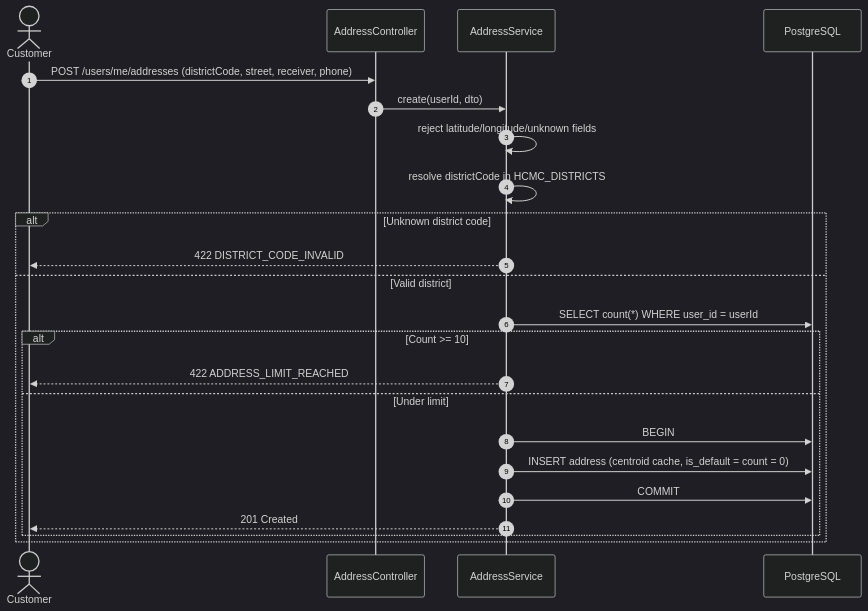
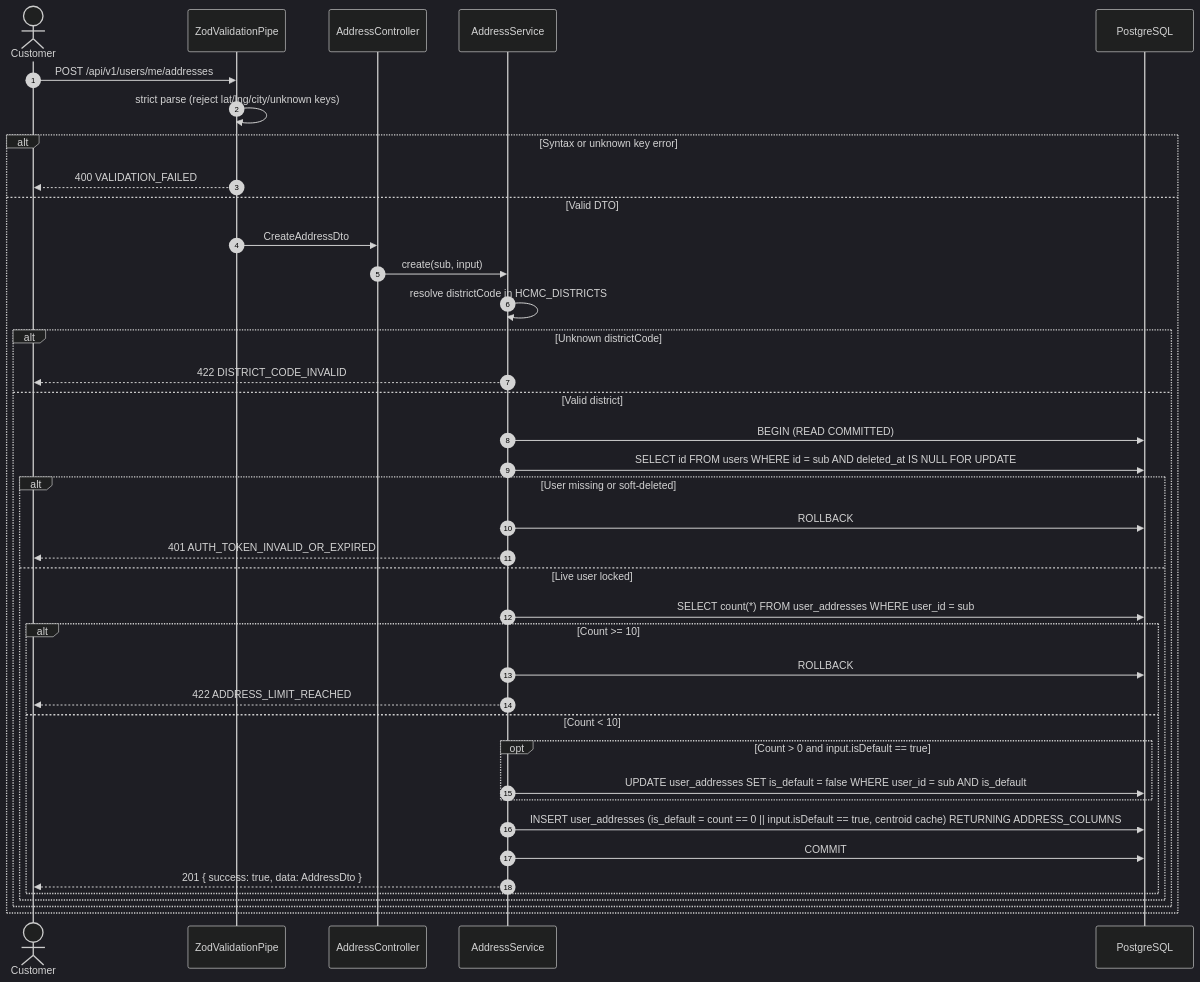
One commit to DuongDevv/greenroots-farm changed the second of 5 diagrams in docs/design/address-book-and-delivery-fee-formal-spec.md. Above: the diagram before and after it, drawn with Mermaid (dark theme). The commit also changed other lines of this file and 4 other files, not shown here.

````diff
--- a/docs/design/address-book-and-delivery-fee-formal-spec.md
+++ b/docs/design/address-book-and-delivery-fee-formal-spec.md
@@ -64,26 +79,42 @@
 ```mermaid
 sequenceDiagram
     autonumber
     actor Customer
-    participant API as AddressController
+    participant Pipe as ZodValidationPipe
+    participant Ctrl as AddressController
     participant Svc as AddressService
     participant DB as PostgreSQL
 
-    Customer->>API: POST /users/me/addresses (districtCode, street, receiver, phone)
-    API->>Svc: create(userId, dto)
-    Svc->>Svc: reject latitude/longitude/unknown fields
-    Svc->>Svc: resolve districtCode in HCMC_DISTRICTS
-    alt Unknown district code
-        Svc-->>Customer: 422 DISTRICT_CODE_INVALID
-    else Valid district
-        Svc->>DB: SELECT count(*) WHERE user_id = userId
-        alt Count >= 10
-            Svc-->>Customer: 422 ADDRESS_LIMIT_REACHED
-        else Under limit
-            Svc->>DB: BEGIN
-            Svc->>DB: INSERT address (centroid cache, is_default = count = 0)
-            Svc->>DB: COMMIT
-            Svc-->>Customer: 201 Created
+    Customer->>Pipe: POST /api/v1/users/me/addresses
+    Pipe->>Pipe: strict parse (reject lat/lng/city/unknown keys)
+    alt Syntax or unknown key error
+        Pipe-->>Customer: 400 VALIDATION_FAILED
+    else Valid DTO
+        Pipe->>Ctrl: CreateAddressDto
+        Ctrl->>Svc: create(sub, input)
+        Svc->>Svc: resolve districtCode in HCMC_DISTRICTS
+        alt Unknown districtCode
+            Svc-->>Customer: 422 DISTRICT_CODE_INVALID
+        else Valid district
+            Svc->>DB: BEGIN (READ COMMITTED)
+            Svc->>DB: SELECT id FROM users WHERE id = sub AND deleted_at IS NULL FOR UPDATE
+            alt User missing or soft-deleted
+                Svc->>DB: ROLLBACK
+                Svc-->>Customer: 401 AUTH_TOKEN_INVALID_OR_EXPIRED
+            else Live user locked
+                Svc->>DB: SELECT count(*) FROM user_addresses WHERE user_id = sub
+                alt Count >= 10
+                    Svc->>DB: ROLLBACK
+                    Svc-->>Customer: 422 ADDRESS_LIMIT_REACHED
+                else Count < 10
+                    opt Count > 0 and input.isDefault == true
+                        Svc->>DB: UPDATE user_addresses SET is_default = false WHERE user_id = sub AND is_default
+                    end
+                    Svc->>DB: INSERT user_addresses (is_default = count == 0 || input.isDefault == true, centroid cache) RETURNING ADDRESS_COLUMNS
+                    Svc->>DB: COMMIT
+                    Svc-->>Customer: 201 { success: true, data: AddressDto }
+                end
+            end
         end
     end
 ```
````
